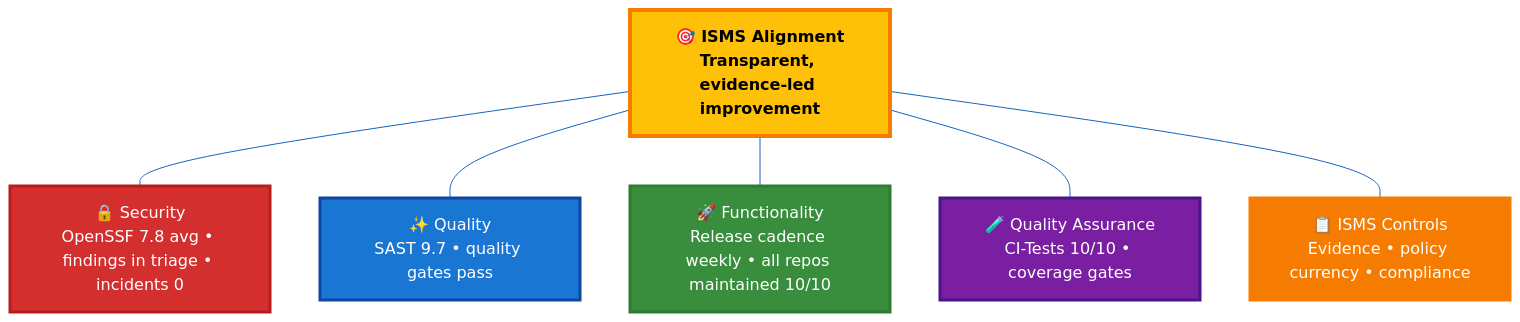
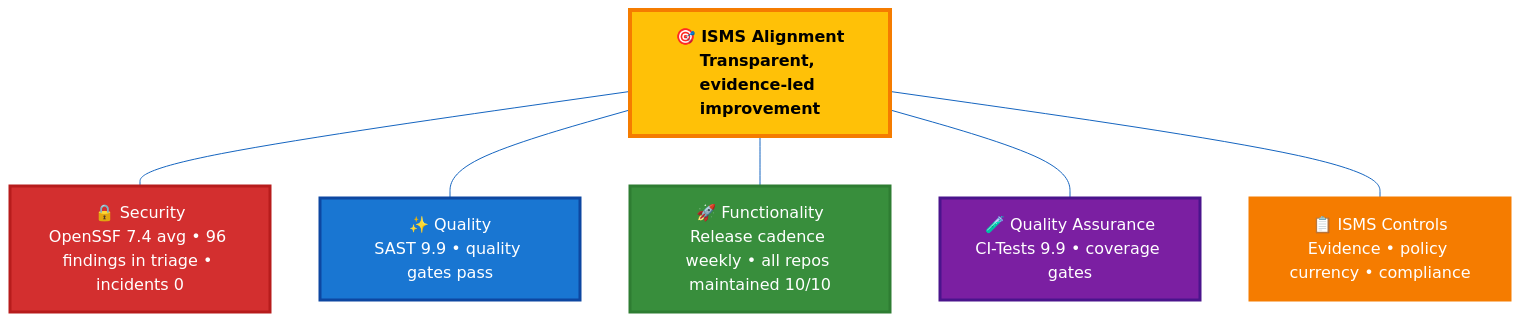
Before and after one commit to Hack23/ISMS-PUBLIC: the first of 2 diagrams in Security_Metrics.md, drawn with Mermaid. The commit also changed other lines of this file, not shown here.

````diff
--- a/Security_Metrics.md
+++ b/Security_Metrics.md
@@ -284,33 +375,33 @@
 ```mermaid
 %%{init: {'theme': 'base', 'themeVariables': {'primaryColor': '#1565C0', 'primaryTextColor': '#ffffff', 'lineColor': '#1565C0'}}}%%
 graph TB
     CENTER["🎯 ISMS Alignment
 Transparent, evidence-led improvement"]
     SEC["🔒 Security
-OpenSSF 7.8 avg • findings in triage • incidents 0"]
+OpenSSF 7.4 avg • 96 findings in triage • incidents 0"]
     QUAL["✨ Quality
-SAST 9.7 • quality gates pass"]
+SAST 9.9 • quality gates pass"]
     FUNC["🚀 Functionality
 Release cadence weekly • all repos maintained 10/10"]
     QA["🧪 Quality Assurance
-CI-Tests 10/10 • coverage gates"]
+CI-Tests 9.9 • coverage gates"]
     ISMSDIM["📋 ISMS Controls
 Evidence • policy currency • compliance"]
     CENTER --- SEC
     CENTER --- QUAL
     CENTER --- FUNC
     CENTER --- QA
     CENTER --- ISMSDIM
     classDef center fill:#FFC107,stroke:#F57C00,stroke-width:4px,color:#000,font-weight:bold
     classDef security fill:#D32F2F,stroke:#B71C1C,stroke-width:3px,color:#fff
     classDef quality fill:#1976D2,stroke:#0D47A1,stroke-width:3px,color:#fff
     classDef functionality fill:#388E3C,stroke:#2E7D32,stroke-width:3px,color:#fff
     classDef qa fill:#7B1FA2,stroke:#4A148C,stroke-width:3px,color:#fff
     classDef isms fill:#F57C00,stroke:#F57C00,stroke-width:3px,color:#fff
     class CENTER center
     class SEC security
     class QUAL quality
     class FUNC functionality
     class QA qa
     class ISMSDIM isms
 ```
````
